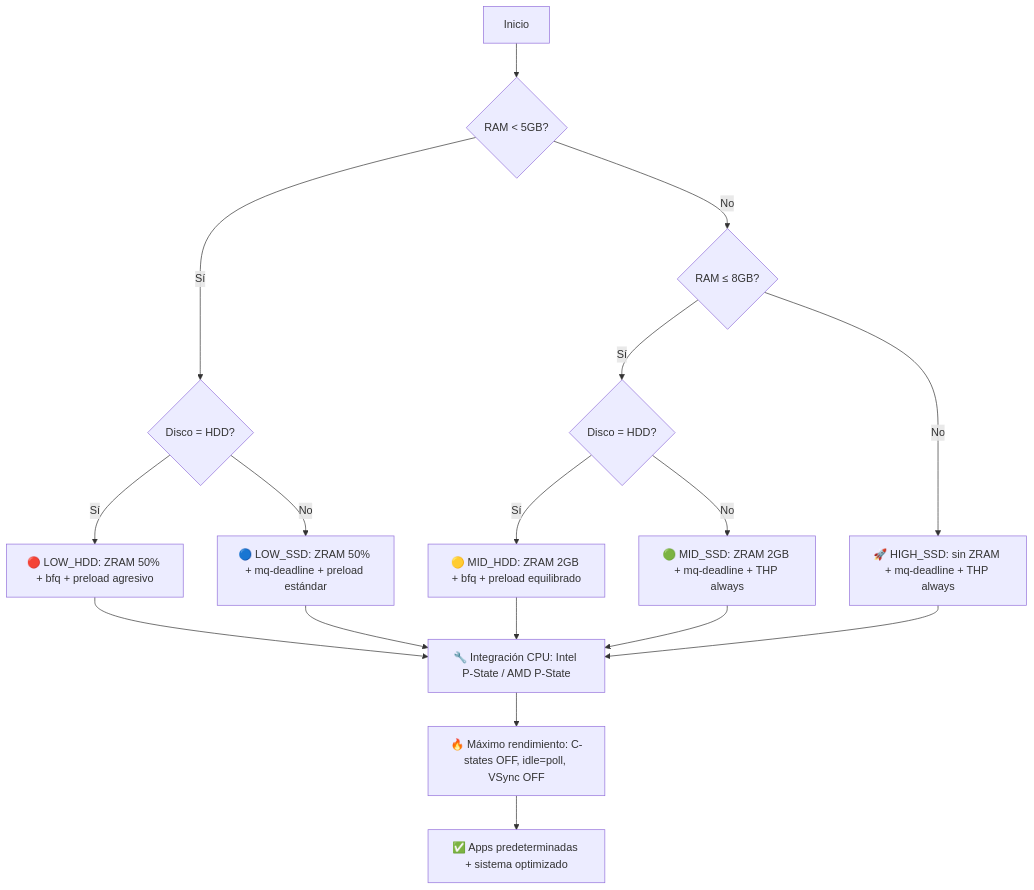
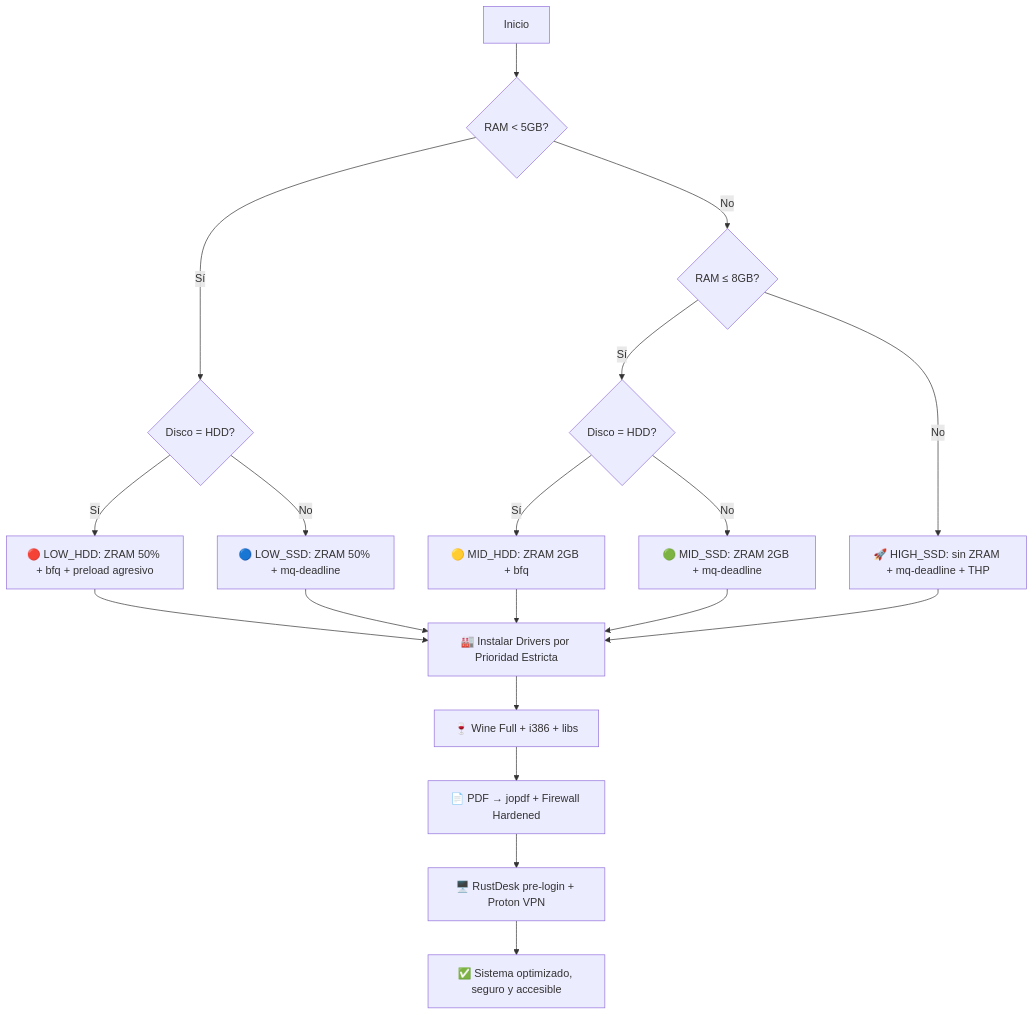
One commit to gridacorp/Linux-Optimizer changed the diagram in README.md. Above: the diagram before and after it, drawn with Mermaid. The commit also changed other lines of this file, not shown here.

````diff
--- a/README.md
+++ b/README.md
@@ -37,15 +68,17 @@
 ```mermaid
 graph TD
     A[Inicio] --> B{RAM < 5GB?}
     B -->|Sí| C{Disco = HDD?}
     B -->|No| D{RAM ≤ 8GB?}
     C -->|Sí| E[🔴 LOW_HDD: ZRAM 50% + bfq + preload agresivo]
-    C -->|No| F[🔵 LOW_SSD: ZRAM 50% + mq-deadline + preload estándar]
+    C -->|No| F[🔵 LOW_SSD: ZRAM 50% + mq-deadline]
     D -->|Sí| G{Disco = HDD?}
-    D -->|No| H[🚀 HIGH_SSD: sin ZRAM + mq-deadline + THP always]
-    G -->|Sí| I[🟡 MID_HDD: ZRAM 2GB + bfq + preload equilibrado]
-    G -->|No| J[🟢 MID_SSD: ZRAM 2GB + mq-deadline + THP always]
-    E & F & I & J & H --> K[🔧 Integración CPU: Intel P-State / AMD P-State]
-    K --> L[🔥 Máximo rendimiento: C-states OFF, idle=poll, VSync OFF]
-    L --> M[✅ Apps predeterminadas + sistema optimizado]
+    D -->|No| H[🚀 HIGH_SSD: sin ZRAM + mq-deadline + THP]
+    G -->|Sí| I[🟡 MID_HDD: ZRAM 2GB + bfq]
+    G -->|No| J[🟢 MID_SSD: ZRAM 2GB + mq-deadline]
+    E & F & I & J & H --> K[🏭 Instalar Drivers por Prioridad Estricta]
+    K --> L[🍷 Wine Full + i386 + libs]
+    L --> M[📄 PDF → jopdf + Firewall Hardened]
+    M --> N[🖥️ RustDesk pre-login + Proton VPN]
+    N --> O[✅ Sistema optimizado, seguro y accesible]
 ```
````
